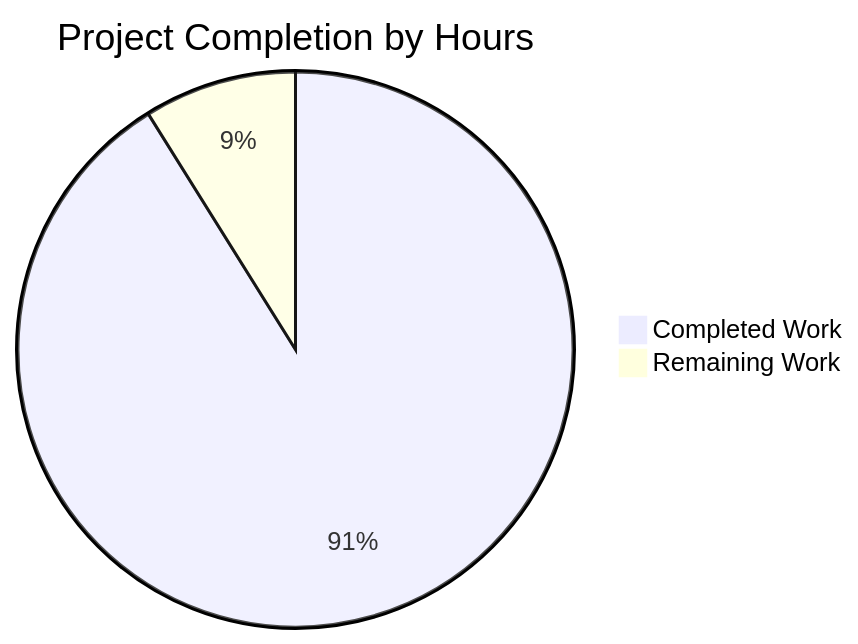
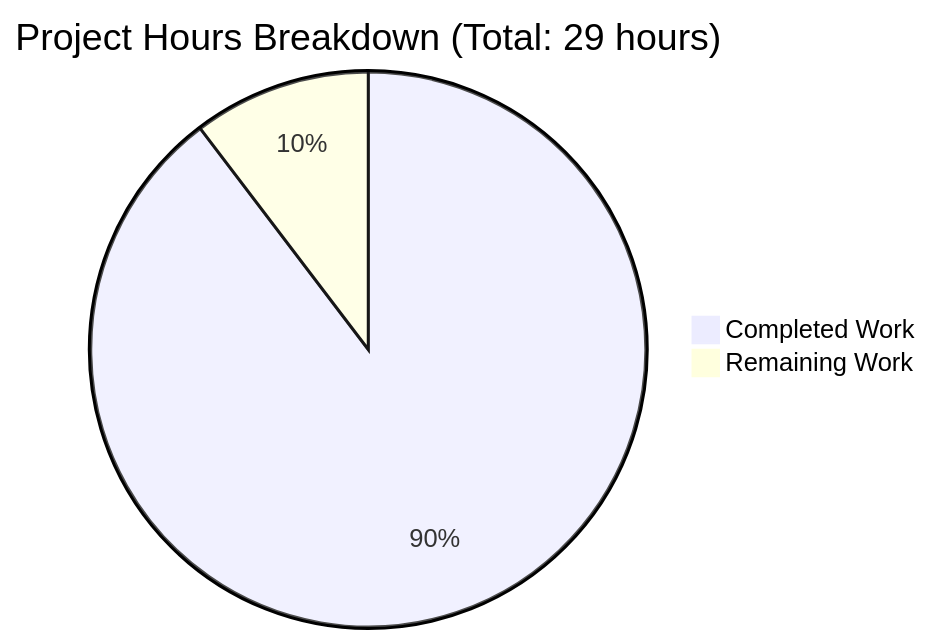
Before and after one commit to lakshya-blitzy/hello_world_lakshya_github: the first of 2 diagrams in blitzy/documentation/Project Guide.md, drawn with Mermaid. The commit also changed other lines of this file, not shown here.

Commit message:
Adding Blitzy Project Guide: Project Status and Human Tasks Remaining

````diff
--- a/blitzy/documentation/Project Guide.md
+++ b/blitzy/documentation/Project Guide.md
@@ -43,5 +48,5 @@
 ```mermaid
-pie title Project Completion by Hours
-    "Completed Work" : 41
-    "Remaining Work" : 4
+pie title Project Hours Breakdown (Total: 29 hours)
+    "Completed Work" : 26
+    "Remaining Work" : 3
 ```
````
